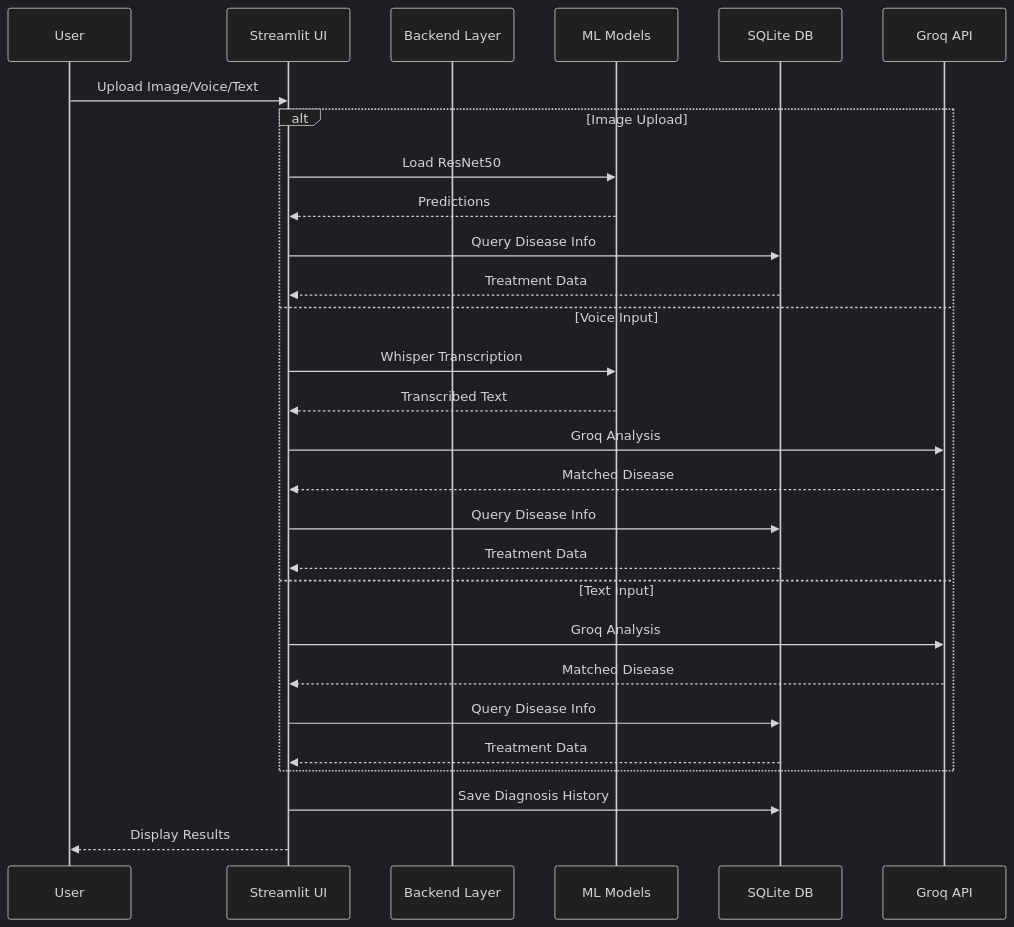
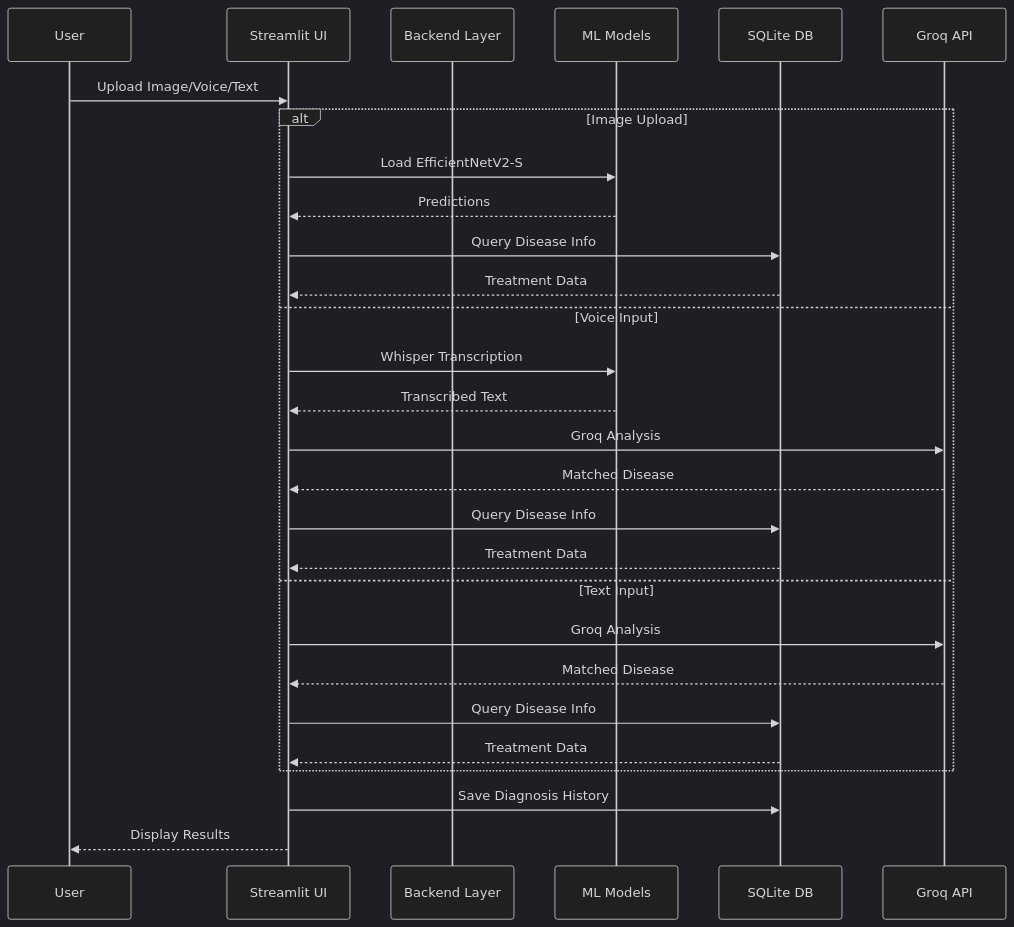
The third of 3 diagrams in README.md (springboardmentor88888-mahaprasad/Intern-PlantChatBot-Project), drawn with Mermaid (dark theme) before and after one commit. The commit also changed other lines of this file and 8 other files, not shown here.

Commit message:
Migrate to EfficientNetV2-Small (16 classes) with timm, add Not_a_Plant guard, add Train3.ipynb

````diff
--- a/README.md
+++ b/README.md
@@ -115,33 +115,33 @@
 ```mermaid
 sequenceDiagram
     participant User
     participant Streamlit as Streamlit UI
     participant Backend as Backend Layer
     participant Model as ML Models
     participant DB as SQLite DB
     participant API as Groq API
 
     User->>Streamlit: Upload Image/Voice/Text
     
     alt Image Upload
-        Streamlit->>Model: Load ResNet50
+        Streamlit->>Model: Load EfficientNetV2-S
         Model-->>Streamlit: Predictions
         Streamlit->>DB: Query Disease Info
         DB-->>Streamlit: Treatment Data
     else Voice Input
         Streamlit->>Model: Whisper Transcription
         Model-->>Streamlit: Transcribed Text
         Streamlit->>API: Groq Analysis
         API-->>Streamlit: Matched Disease
         Streamlit->>DB: Query Disease Info
         DB-->>Streamlit: Treatment Data
     else Text Input
         Streamlit->>API: Groq Analysis
         API-->>Streamlit: Matched Disease
         Streamlit->>DB: Query Disease Info
         DB-->>Streamlit: Treatment Data
     end
     
     Streamlit->>DB: Save Diagnosis History
     Streamlit-->>User: Display Results
 ```
````
